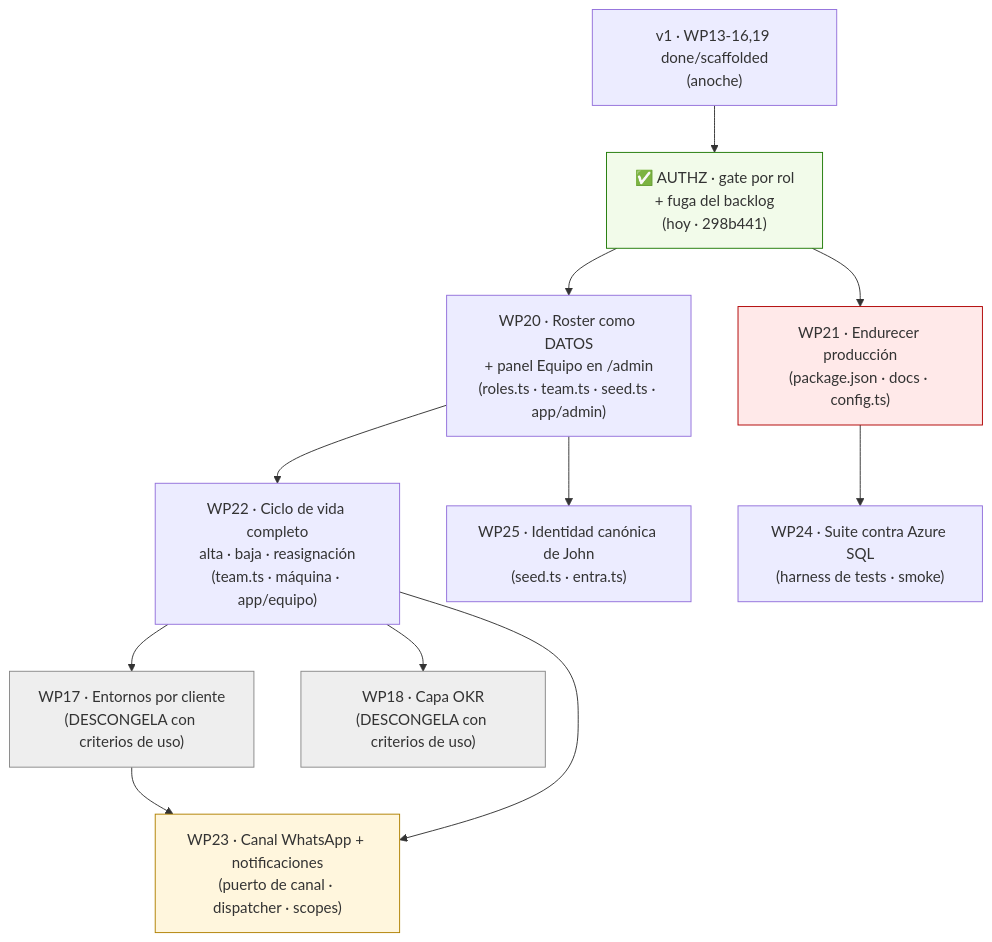
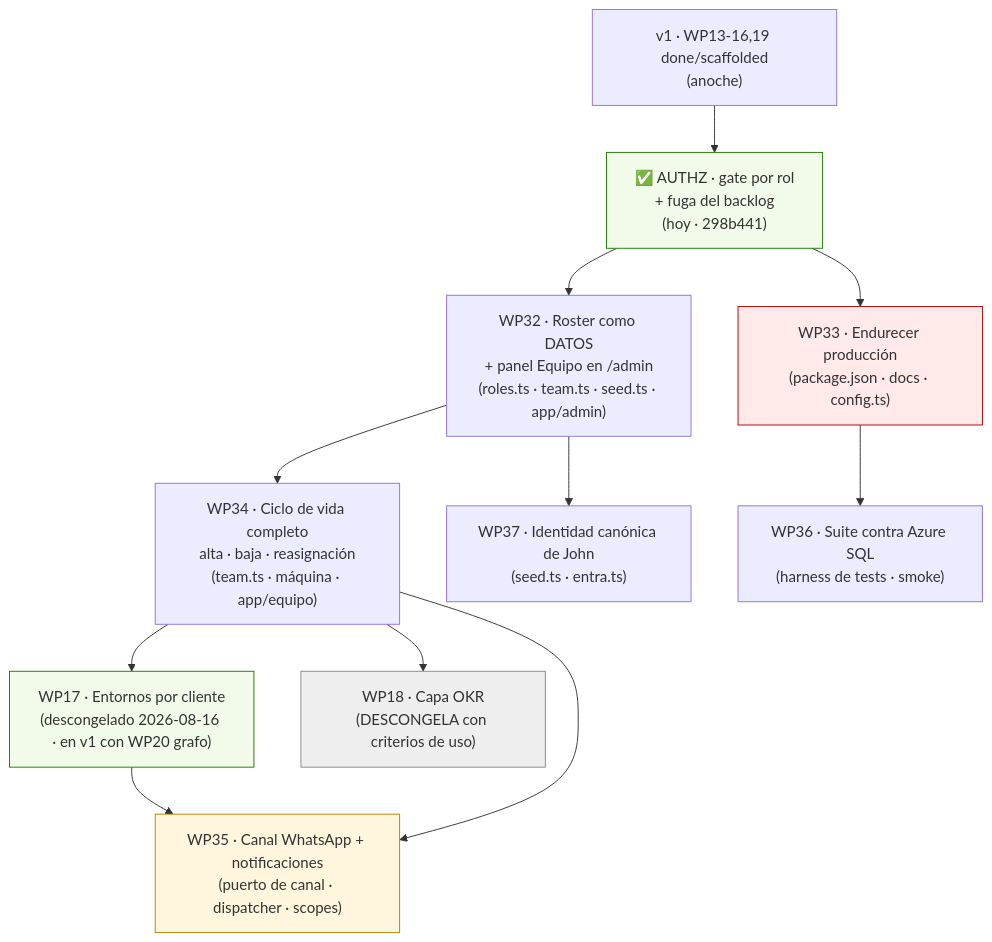
Before and after one commit to zelena-tech/zelena-dapp: the diagram in docs/workflow-v1.2.md, drawn with Mermaid. The commit also changed other lines of this file and 6 other files, not shown here.

````diff
--- a/docs/workflow-v1.2.md
+++ b/docs/workflow-v1.2.md
@@ -27,24 +34,24 @@
 ```mermaid
 graph TD
     V1["v1 · WP13-16,19 done/scaffolded<br/>(anoche)"] --> A["✅ AUTHZ · gate por rol<br/>+ fuga del backlog<br/>(hoy · 298b441)"]
 
-    A --> WP20["WP20 · Roster como DATOS<br/>+ panel Equipo en /admin<br/>(roles.ts · team.ts · seed.ts · app/admin)"]
-    A --> WP21["WP21 · Endurecer producción<br/>(package.json · docs · config.ts)"]
+    A --> WP32["WP32 · Roster como DATOS<br/>+ panel Equipo en /admin<br/>(roles.ts · team.ts · seed.ts · app/admin)"]
+    A --> WP33["WP33 · Endurecer producción<br/>(package.json · docs · config.ts)"]
 
-    WP20 --> WP22["WP22 · Ciclo de vida completo<br/>alta · baja · reasignación<br/>(team.ts · máquina · app/equipo)"]
-    WP21 --> WP24["WP24 · Suite contra Azure SQL<br/>(harness de tests · smoke)"]
+    WP32 --> WP34["WP34 · Ciclo de vida completo<br/>alta · baja · reasignación<br/>(team.ts · máquina · app/equipo)"]
+    WP33 --> WP36["WP36 · Suite contra Azure SQL<br/>(harness de tests · smoke)"]
 
-    WP20 --> WP25["WP25 · Identidad canónica de John<br/>(seed.ts · entra.ts)"]
+    WP32 --> WP37["WP37 · Identidad canónica de John<br/>(seed.ts · entra.ts)"]
 
-    WP22 --> WP17["WP17 · Entornos por cliente<br/>(DESCONGELA con criterios de uso)"]
-    WP22 --> WP18["WP18 · Capa OKR<br/>(DESCONGELA con criterios de uso)"]
+    WP34 --> WP17["WP17 · Entornos por cliente<br/>(descongelado 2026-08-16 · en v1 con WP20 grafo)"]
+    WP34 --> WP18["WP18 · Capa OKR<br/>(DESCONGELA con criterios de uso)"]
 
-    WP17 --> WP23["WP23 · Canal WhatsApp + notificaciones<br/>(puerto de canal · dispatcher · scopes)"]
-    WP22 --> WP23
+    WP17 --> WP35["WP35 · Canal WhatsApp + notificaciones<br/>(puerto de canal · dispatcher · scopes)"]
+    WP34 --> WP35
 
     style A fill:#F2FBEA,stroke:#1F7A06
-    style WP21 fill:#FFE9E9,stroke:#B00000
-    style WP23 fill:#FFF6DD,stroke:#B08000
-    style WP17 fill:#EEEEEE,stroke:#888888
+    style WP33 fill:#FFE9E9,stroke:#B00000
+    style WP35 fill:#FFF6DD,stroke:#B08000
+    style WP17 fill:#F2FBEA,stroke:#1F7A06
     style WP18 fill:#EEEEEE,stroke:#888888
 ```
````
